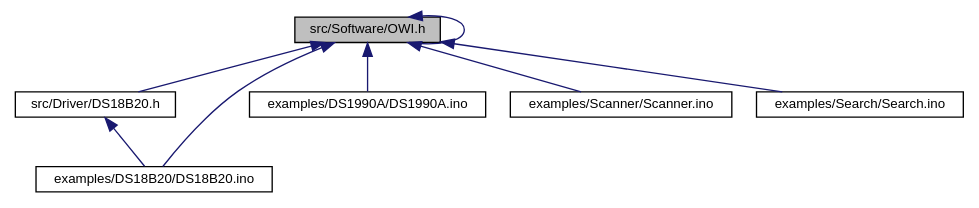
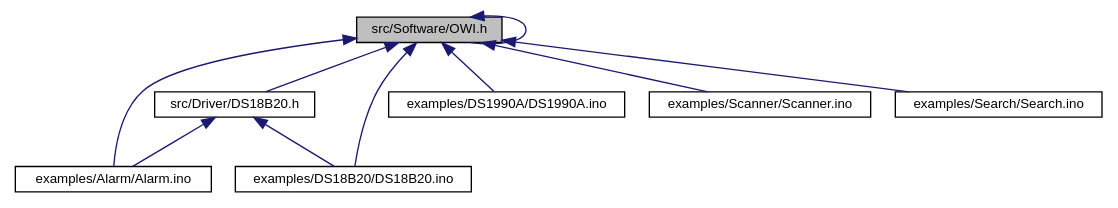
One commit to mikaelpatel/mikaelpatel.github.io changed the diagram in Arduino-OWI/d1/dc9/Software_2OWI_8h__dep__incl.dot. Above: the diagram before and after it, drawn with Graphviz. The commit also changed 133 other files, not shown here.

Commit message:
Adding alarm search example sketch

```diff
--- a/Arduino-OWI/d1/dc9/Software_2OWI_8h__dep__incl.dot
+++ b/Arduino-OWI/d1/dc9/Software_2OWI_8h__dep__incl.dot
@@ -1,18 +1,21 @@
 digraph "src/Software/OWI.h"
 {
   edge [fontname="Helvetica",fontsize="10",labelfontname="Helvetica",labelfontsize="10"];
   node [fontname="Helvetica",fontsize="10",shape=record];
   Node1 [label="src/Software/OWI.h",height=0.2,width=0.4,color="black", fillcolor="grey75", style="filled", fontcolor="black"];
   Node1 -> Node2 [dir="back",color="midnightblue",fontsize="10",style="solid",fontname="Helvetica"];
   Node2 [label="src/Driver/DS18B20.h",height=0.2,width=0.4,color="black", fillcolor="white", style="filled",URL="$d4/d9d/DS18B20_8h.html"];
   Node2 -> Node3 [dir="back",color="midnightblue",fontsize="10",style="solid",fontname="Helvetica"];
-  Node3 [label="examples/DS18B20/DS18B20.ino",height=0.2,width=0.4,color="black", fillcolor="white", style="filled",URL="$de/d2e/DS18B20_8ino.html"];
+  Node3 [label="examples/Alarm/Alarm.ino",height=0.2,width=0.4,color="black", fillcolor="white", style="filled",URL="$df/d65/Alarm_8ino.html"];
+  Node2 -> Node4 [dir="back",color="midnightblue",fontsize="10",style="solid",fontname="Helvetica"];
+  Node4 [label="examples/DS18B20/DS18B20.ino",height=0.2,width=0.4,color="black", fillcolor="white", style="filled",URL="$de/d2e/DS18B20_8ino.html"];
   Node1 -> Node1 [dir="back",color="midnightblue",fontsize="10",style="solid",fontname="Helvetica"];
   Node1 -> Node3 [dir="back",color="midnightblue",fontsize="10",style="solid",fontname="Helvetica"];
   Node1 -> Node4 [dir="back",color="midnightblue",fontsize="10",style="solid",fontname="Helvetica"];
-  Node4 [label="examples/DS1990A/DS1990A.ino",height=0.2,width=0.4,color="black", fillcolor="white", style="filled",URL="$dc/d26/DS1990A_8ino.html"];
   Node1 -> Node5 [dir="back",color="midnightblue",fontsize="10",style="solid",fontname="Helvetica"];
-  Node5 [label="examples/Scanner/Scanner.ino",height=0.2,width=0.4,color="black", fillcolor="white", style="filled",URL="$dd/da4/Scanner_8ino.html"];
+  Node5 [label="examples/DS1990A/DS1990A.ino",height=0.2,width=0.4,color="black", fillcolor="white", style="filled",URL="$dc/d26/DS1990A_8ino.html"];
   Node1 -> Node6 [dir="back",color="midnightblue",fontsize="10",style="solid",fontname="Helvetica"];
-  Node6 [label="examples/Search/Search.ino",height=0.2,width=0.4,color="black", fillcolor="white", style="filled",URL="$dd/d18/Search_8ino.html"];
+  Node6 [label="examples/Scanner/Scanner.ino",height=0.2,width=0.4,color="black", fillcolor="white", style="filled",URL="$dd/da4/Scanner_8ino.html"];
+  Node1 -> Node7 [dir="back",color="midnightblue",fontsize="10",style="solid",fontname="Helvetica"];
+  Node7 [label="examples/Search/Search.ino",height=0.2,width=0.4,color="black", fillcolor="white", style="filled",URL="$dd/d18/Search_8ino.html"];
 }
```
